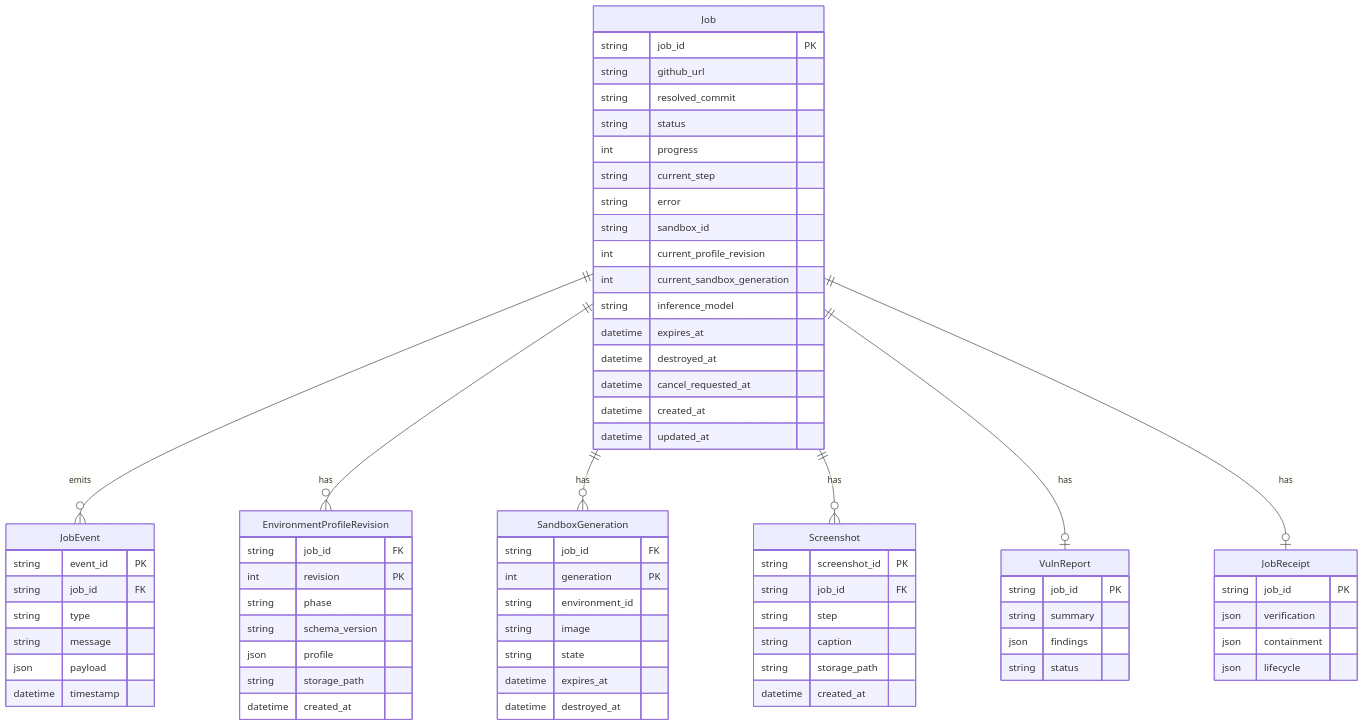
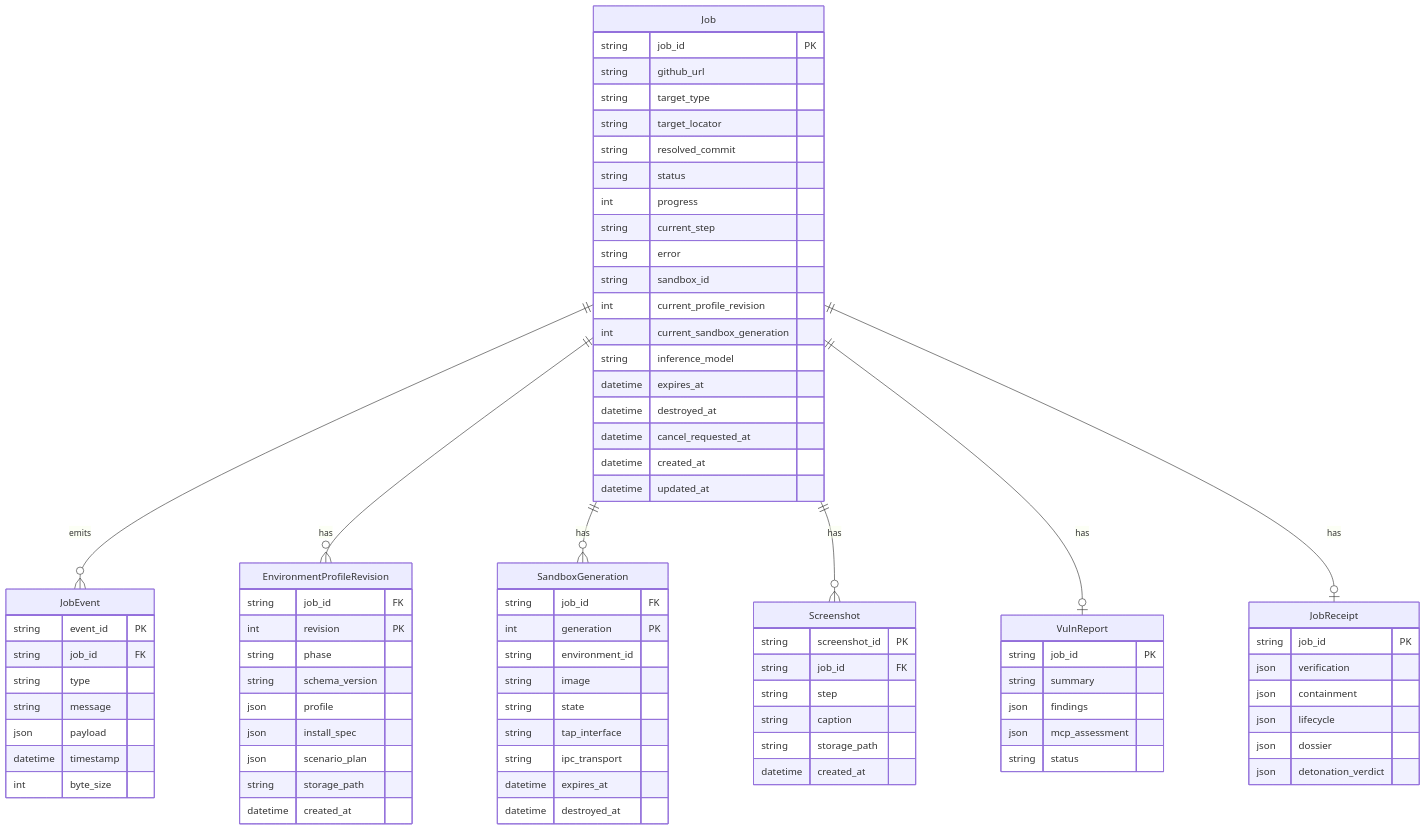
One commit to ludvigodin/killhub changed the diagram in DATABASE.md. Above: the diagram before and after it, drawn with Mermaid. The commit also changed other lines of this file and 35 other files, not shown here.

````diff
--- a/DATABASE.md
+++ b/DATABASE.md
@@ -39,6 +41,8 @@
   Job {
     string job_id PK
     string github_url
+    string target_type
+    string target_locator
     string resolved_commit
     string status
     int progress
@@ -62,6 +66,7 @@
     string message
     json payload
     datetime timestamp
+    int byte_size
   }
 
   EnvironmentProfileRevision {
@@ -70,6 +75,8 @@
     string phase
     string schema_version
     json profile
+    json install_spec
+    json scenario_plan
     string storage_path
     datetime created_at
   }
@@ -80,6 +87,8 @@
     string environment_id
     string image
     string state
+    string tap_interface
+    string ipc_transport
     datetime expires_at
     datetime destroyed_at
   }
@@ -97,6 +106,7 @@
     string job_id PK
     string summary
     json findings
+    json mcp_assessment
     string status
   }
 
@@ -105,5 +115,7 @@
     json verification
     json containment
     json lifecycle
+    json dossier
+    json detonation_verdict
   }
 ```
````
